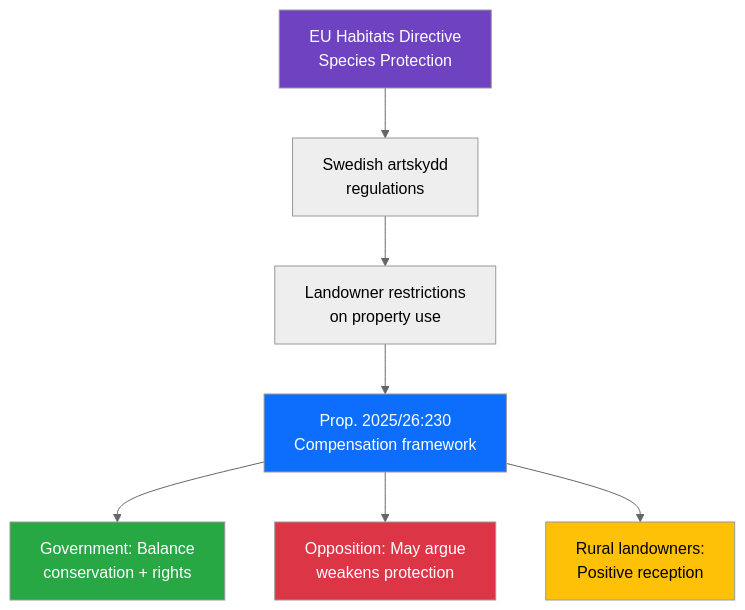
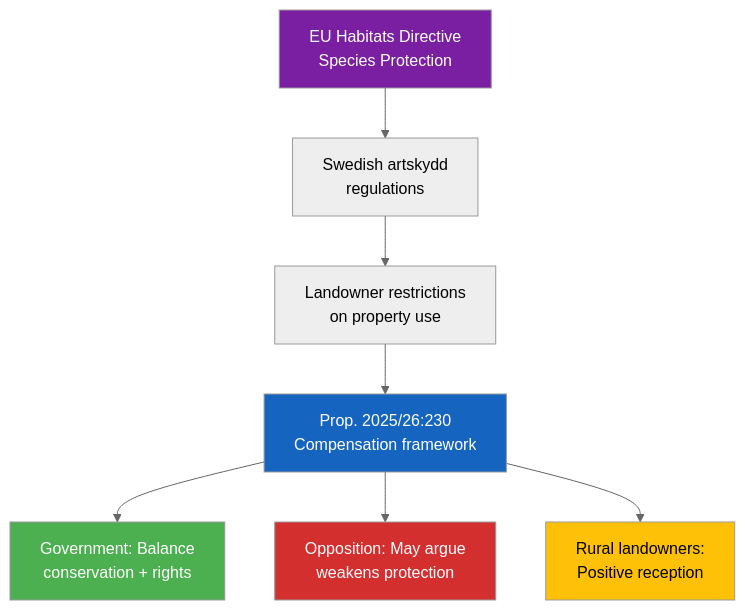
The diagram in analysis/daily/2026-04-08/evening-analysis-2/documents/hd03230-analysis.md (Hack23/riksdagsmonitor), drawn with Mermaid (neutral theme) before and after one commit. The commit also changed 785 other files, not shown here.

First line of the commit message:
Normalize mermaid colors across 786 analysis artifacts to ISMS Style Guide palette

````diff
--- a/analysis/daily/2026-04-08/evening-analysis-2/documents/hd03230-analysis.md
+++ b/analysis/daily/2026-04-08/evening-analysis-2/documents/hd03230-analysis.md
@@ -20,15 +20,15 @@
 ```mermaid
 graph TD
     A["EU Habitats Directive<br/>Species Protection"] --> B["Swedish artskydd<br/>regulations"]
     B --> C["Landowner restrictions<br/>on property use"]
     C --> D["Prop. 2025/26:230<br/>Compensation framework"]
     D --> E["Government: Balance<br/>conservation + rights"]
     D --> F["Opposition: May argue<br/>weakens protection"]
     D --> G["Rural landowners:<br/>Positive reception"]
 
-    style A fill:#6f42c1,color:#fff
-    style D fill:#0d6efd,color:#fff
-    style E fill:#28a745,color:#fff
-    style F fill:#dc3545,color:#fff
-    style G fill:#ffc107,color:#000
+    style A fill:#7B1FA2,color:#FFFFFF
+    style D fill:#1565C0,color:#FFFFFF
+    style E fill:#4CAF50,color:#FFFFFF
+    style F fill:#D32F2F,color:#FFFFFF
+    style G fill:#FFC107,color:#000000
 ```
````
